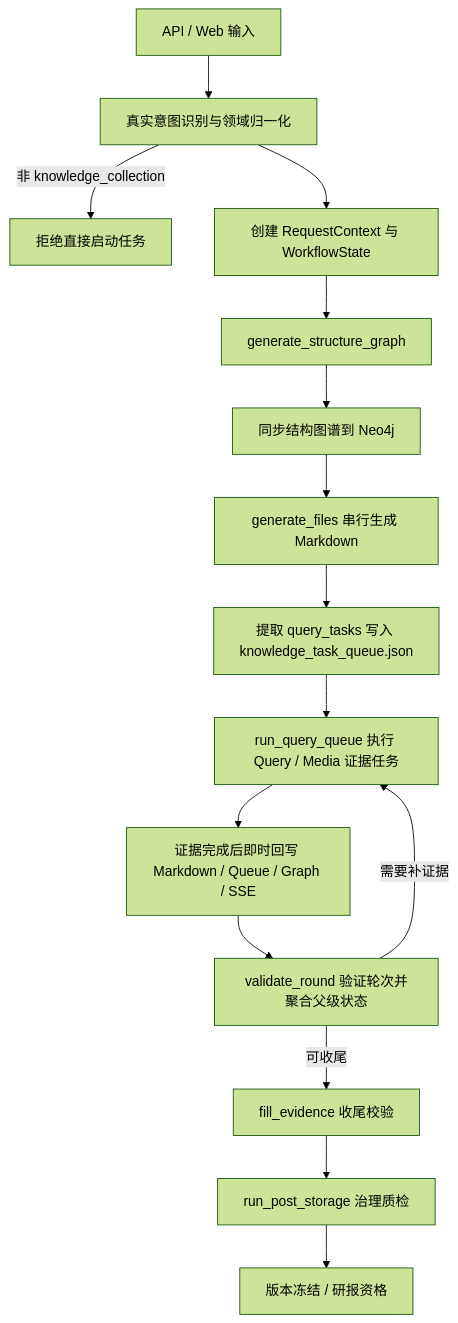
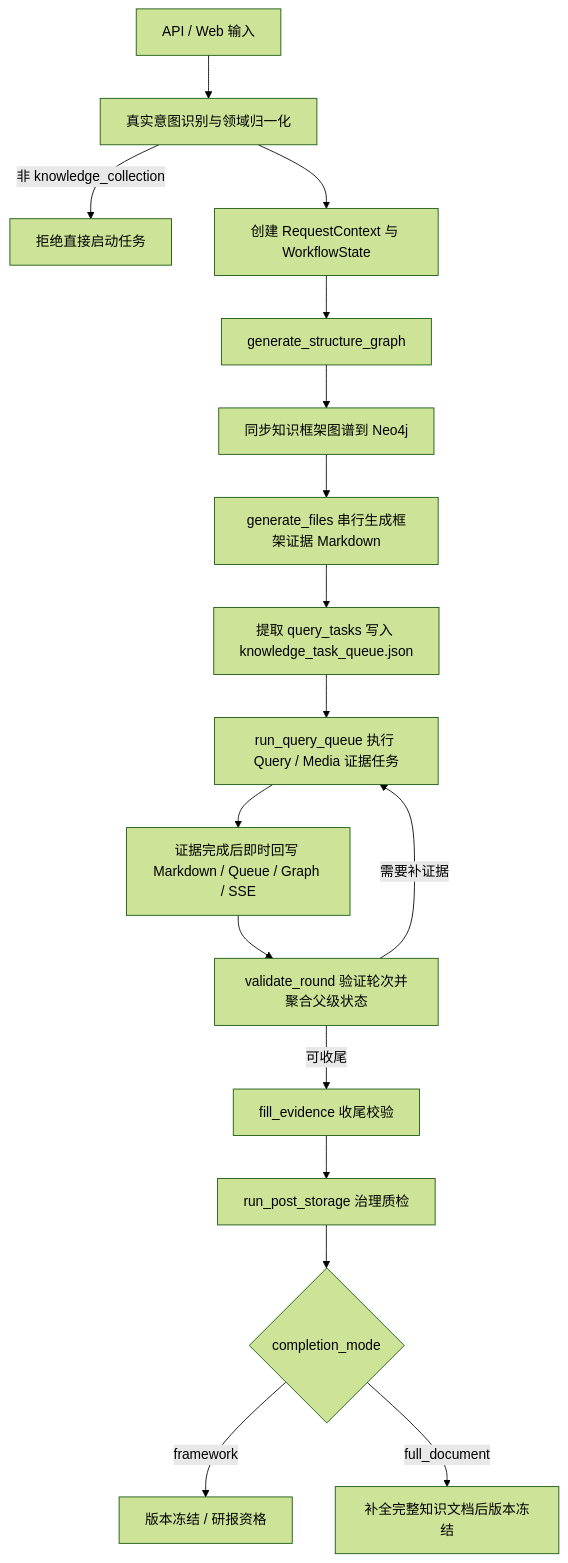
One commit to crabin/knowledgeforge changed the diagram in docs/流程执行文档.md. Above: the diagram before and after it, drawn with Mermaid (forest theme). The commit also changed other lines of this file and 22 other files, not shown here.

Commit message:
feat: make knowledge framework the default flow

````diff
--- a/docs/流程执行文档.md
+++ b/docs/流程执行文档.md
@@ -11,17 +11,19 @@
 ```mermaid
 flowchart TD
     A[API / Web 输入] --> B[真实意图识别与领域归一化]
     B -->|非 knowledge_collection| X[拒绝直接启动任务]
     B --> C[创建 RequestContext 与 WorkflowState]
     C --> D[generate_structure_graph]
-    D --> E[同步结构图谱到 Neo4j]
-    E --> F[generate_files 串行生成 Markdown]
+    D --> E[同步知识框架图谱到 Neo4j]
+    E --> F[generate_files 串行生成框架证据 Markdown]
     F --> G[提取 query_tasks 写入 knowledge_task_queue.json]
     G --> H[run_query_queue 执行 Query / Media 证据任务]
     H --> I[证据完成后即时回写 Markdown / Queue / Graph / SSE]
     I --> J[validate_round 验证轮次并聚合父级状态]
     J -->|需要补证据| H
     J -->|可收尾| K[fill_evidence 收尾校验]
     K --> L[run_post_storage 治理质检]
-    L --> M[版本冻结 / 研报资格]
+    L --> M{completion_mode}
+    M -->|framework| N[版本冻结 / 研报资格]
+    M -->|full_document| O[补全完整知识文档后版本冻结]
 ```
````
